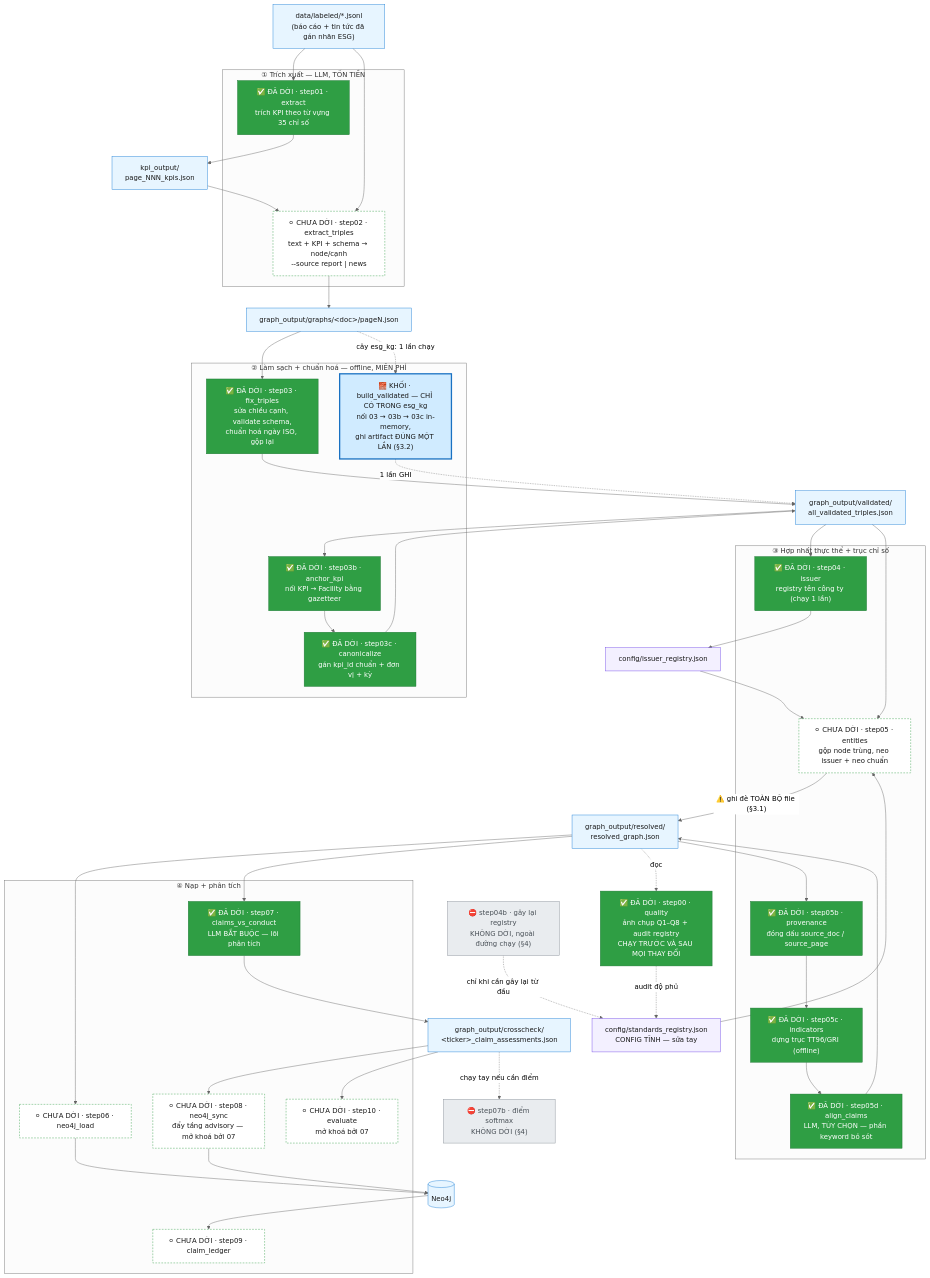
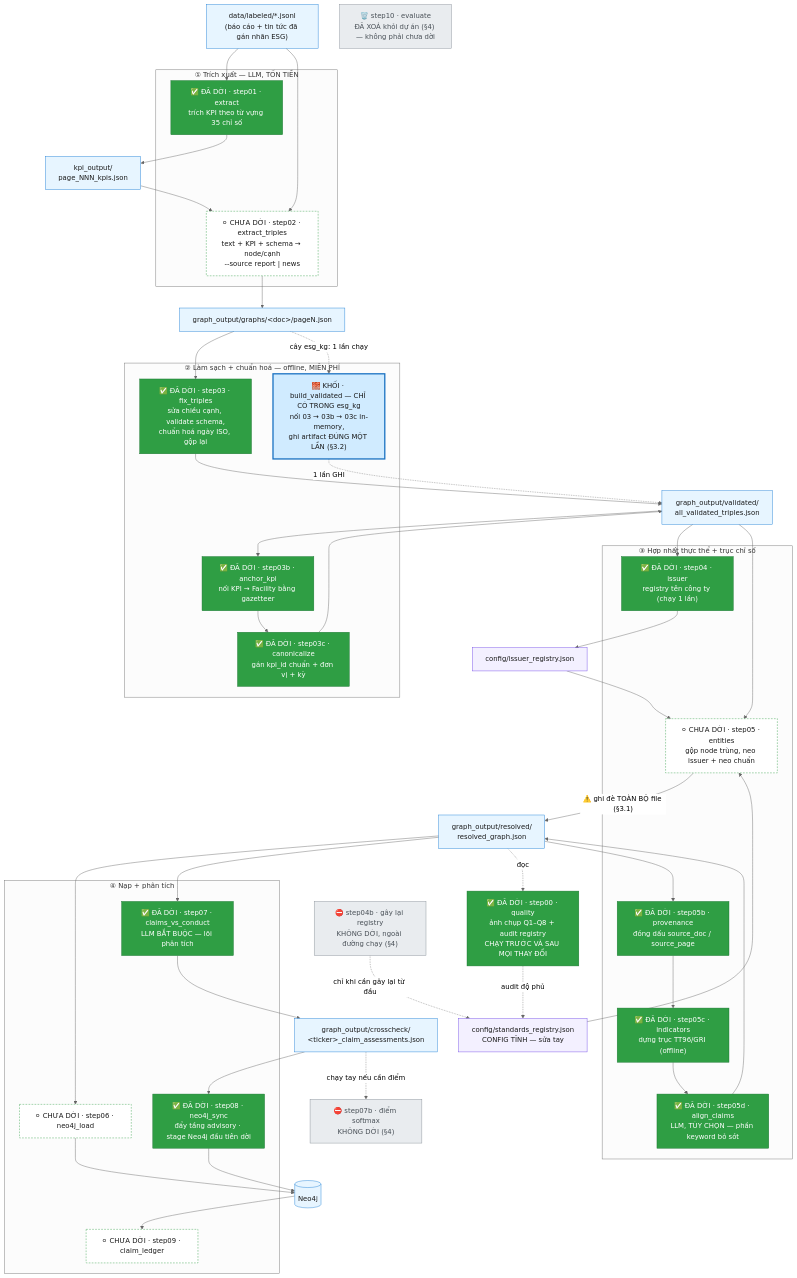
One commit to TranBaDat2607/capstone_test1 changed the first of 4 diagrams in src_module/PIPELINE.md. Above: the diagram before and after it, drawn with Mermaid (neutral theme). The commit also changed other lines of this file and 4 other files, not shown here.

First line of the commit message:
refactor(esg_kg): move step08 to load/neo4j_sync.py (11th stage migrated)

````diff
--- a/src_module/PIPELINE.md
+++ b/src_module/PIPELINE.md
@@ -143,75 +171,74 @@
 ```mermaid
 flowchart TD
     classDef migrated fill:#2f9e44,stroke:#1a7431,color:#ffffff
     classDef ready    fill:#ffffff,stroke:#2f9e44,stroke-dasharray:4 3,color:#1a1a1a
     classDef pending  fill:#fff3bf,stroke:#e8a90c,color:#1a1a1a
     classDef notport  fill:#e9ecef,stroke:#868e96,color:#495057
     classDef data     fill:#e7f5ff,stroke:#1c7ed6,color:#1a1a1a
     classDef cfg      fill:#f3f0ff,stroke:#7048e8,color:#1a1a1a
     classDef block    fill:#d0ebff,stroke:#1971c2,stroke-width:3px,color:#1a1a1a
 
     JSONL["data/labeled/*.jsonl<br/>(báo cáo + tin tức đã gán nhãn ESG)"]:::data
 
     subgraph P1["① Trích xuất — LLM, TỐN TIỀN"]
         S01["✅ ĐÃ DỜI · step01 · extract<br/>trích KPI theo từ vựng 35 chỉ số"]:::migrated
         S02["⚪ CHƯA DỜI · step02 · extract_triples<br/>text + KPI + schema → node/cạnh<br/>--source report | news"]:::ready
     end
 
     KPIOUT["kpi_output/<br/>page_NNN_kpis.json"]:::data
     GRAPHS["graph_output/graphs/&lt;doc&gt;/pageN.json"]:::data
 
     subgraph P2["② Làm sạch + chuẩn hoá — offline, MIỄN PHÍ"]
         S03["✅ ĐÃ DỜI · step03 · fix_triples<br/>sửa chiều cạnh, validate schema,<br/>chuẩn hoá ngày ISO, gộp lại"]:::migrated
         S03B["✅ ĐÃ DỜI · step03b · anchor_kpi<br/>nối KPI → Facility bằng gazetteer"]:::migrated
         S03C["✅ ĐÃ DỜI · step03c · canonicalize<br/>gán kpi_id chuẩn + đơn vị + kỳ"]:::migrated
         BLK["🧱 KHỐI · build_validated — CHỈ CÓ TRONG esg_kg<br/>nối 03 → 03b → 03c in-memory,<br/>ghi artifact ĐÚNG MỘT LẦN (§3.2)"]:::block
     end
 
     VALID["graph_output/validated/<br/>all_validated_triples.json"]:::data
 
     subgraph P3["③ Hợp nhất thực thể + trục chỉ số"]
         S04["✅ ĐÃ DỜI · step04 · issuer<br/>registry tên công ty (chạy 1 lần)"]:::migrated
         S05["⚪ CHƯA DỜI · step05 · entities<br/>gộp node trùng, neo issuer + neo chuẩn"]:::ready
         S05B["✅ ĐÃ DỜI · step05b · provenance<br/>đóng dấu source_doc / source_page"]:::migrated
         S05C["✅ ĐÃ DỜI · step05c · indicators<br/>dựng trục TT96/GRI (offline)"]:::migrated
         S05D["✅ ĐÃ DỜI · step05d · align_claims<br/>LLM, TÙY CHỌN — phần keyword bỏ sót"]:::migrated
     end
 
     RESOLVED["graph_output/resolved/<br/>resolved_graph.json"]:::data
 
     subgraph P4["④ Nạp + phân tích"]
         S06["⚪ CHƯA DỜI · step06 · neo4j_load"]:::ready
         S07["✅ ĐÃ DỜI · step07 · claims_vs_conduct<br/>LLM BẮT BUỘC — lõi phân tích"]:::migrated
-        S08["⚪ CHƯA DỜI · step08 · neo4j_sync<br/>đẩy tầng advisory — mở khoá bởi 07"]:::ready
+        S08["✅ ĐÃ DỜI · step08 · neo4j_sync<br/>đẩy tầng advisory · stage Neo4j đầu tiên dời"]:::migrated
         S09["⚪ CHƯA DỜI · step09 · claim_ledger"]:::ready
-        S10["⚪ CHƯA DỜI · step10 · evaluate<br/>mở khoá bởi 07"]:::ready
     end
 
     REGI["config/issuer_registry.json"]:::cfg
     REGS["config/standards_registry.json<br/>CONFIG TĨNH — sửa tay"]:::cfg
     DOSSIER["graph_output/crosscheck/<br/>&lt;ticker&gt;_claim_assessments.json"]:::data
     NEO[("Neo4j")]:::data
 
     S00["✅ ĐÃ DỜI · step00 · quality<br/>ảnh chụp Q1–Q8 + audit registry<br/>CHẠY TRƯỚC VÀ SAU MỌI THAY ĐỔI"]:::migrated
     S07B["⛔ step07b · điểm softmax<br/>KHÔNG DỜI (§4)"]:::notport
     S04B["⛔ step04b · gây lại registry<br/>KHÔNG DỜI, ngoài đường chạy (§4)"]:::notport
+    S10X["🗑️ step10 · evaluate<br/>ĐÃ XOÁ khỏi dự án (§4) — không phải chưa dời"]:::notport
 
     JSONL --> S01 --> KPIOUT --> S02
     JSONL --> S02 --> GRAPHS --> S03 --> VALID
     VALID --> S03B --> S03C --> VALID
     GRAPHS -.->|"cây esg_kg: 1 lần chạy"| BLK -.->|"1 lần GHI"| VALID
     VALID --> S04 --> REGI --> S05
     REGS --> S05
     VALID --> S05
     S05 -->|"⚠️ ghi đè TOÀN BỘ file (§3.1)"| RESOLVED
     RESOLVED --> S05B --> S05C --> S05D --> RESOLVED
     RESOLVED --> S06 --> NEO
     RESOLVED --> S07 --> DOSSIER --> S08 --> NEO
     NEO --> S09
-    DOSSIER --> S10
 
     RESOLVED -.->|"đọc"| S00
     S00 -.->|"audit độ phủ"| REGS
     S04B -.->|"chỉ khi cần gây lại từ đầu"| REGS
     DOSSIER -.->|"chạy tay nếu cần điểm"| S07B
 ```
````
